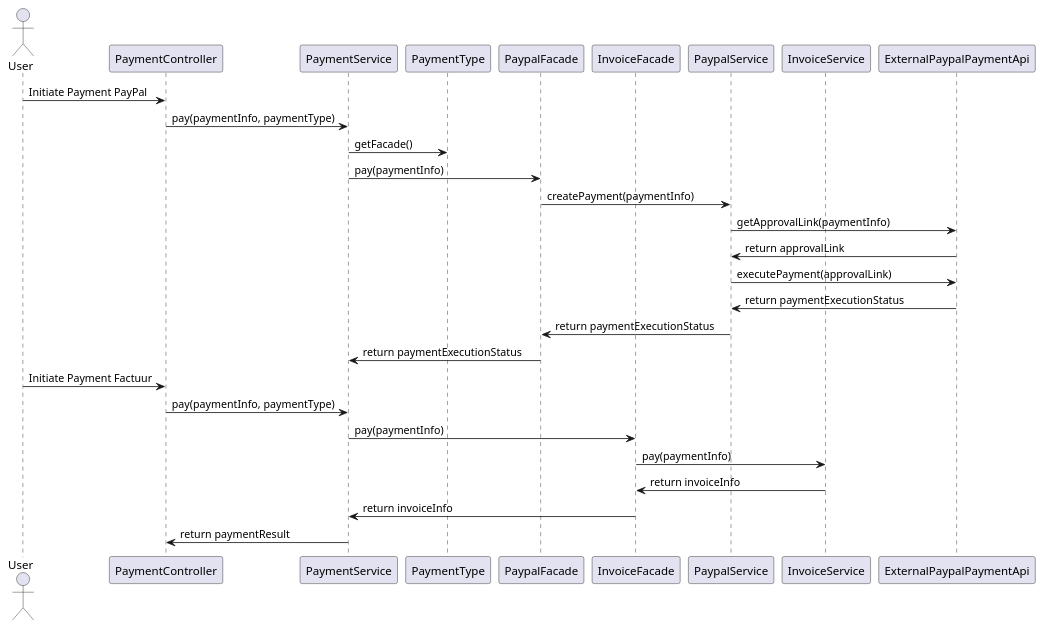
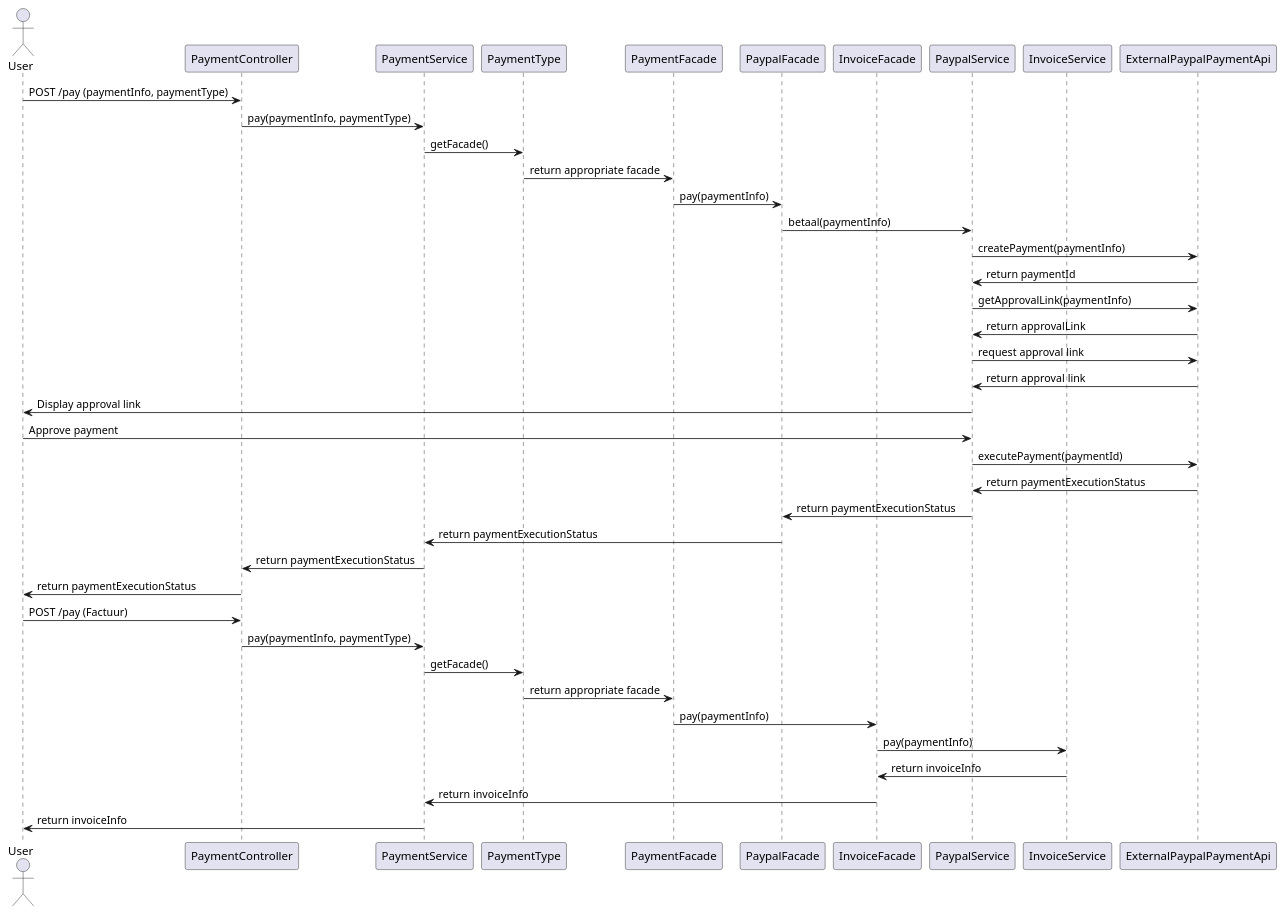
One commit to AIM-ENE-feb25/triptop-groep-3 changed the diagram in opdracht-diagrammen/Ontwerpvraag/C4 OntwerpVraag Kevin/SequenceDiagram-VerschillendeBetaalMethodes.puml. Above: the diagram before and after it, drawn with PlantUML. The commit also changed 4 other files, not shown here.

Commit message:
Aanpassingen diagrammen en context sgb

```diff
--- a/opdracht-diagrammen/Ontwerpvraag/C4 OntwerpVraag Kevin/SequenceDiagram-VerschillendeBetaalMethodes.puml
+++ b/opdracht-diagrammen/Ontwerpvraag/C4 OntwerpVraag Kevin/SequenceDiagram-VerschillendeBetaalMethodes.puml
@@ -1,33 +1,48 @@
 @startuml
 
 actor User
 participant PaymentController
 participant PaymentService
 participant PaymentType
+participant PaymentFacade
 participant PaypalFacade
 participant InvoiceFacade
 participant PaypalService
 participant InvoiceService
 participant ExternalPaypalPaymentApi
 
-User -> PaymentController : Initiate Payment PayPal
+User -> PaymentController : POST /pay (paymentInfo, paymentType)
 PaymentController -> PaymentService : pay(paymentInfo, paymentType)
 PaymentService -> PaymentType : getFacade()
-PaymentService -> PaypalFacade : pay(paymentInfo)
-PaypalFacade -> PaypalService : createPayment(paymentInfo)
+PaymentType -> PaymentFacade : return appropriate facade
+
+PaymentFacade -> PaypalFacade : pay(paymentInfo)
+PaypalFacade -> PaypalService : betaal(paymentInfo)
+PaypalService -> ExternalPaypalPaymentApi : createPayment(paymentInfo)
+ExternalPaypalPaymentApi -> PaypalService : return paymentId
 PaypalService -> ExternalPaypalPaymentApi : getApprovalLink(paymentInfo)
 ExternalPaypalPaymentApi -> PaypalService : return approvalLink
-PaypalService -> ExternalPaypalPaymentApi : executePayment(approvalLink)
+PaypalService -> ExternalPaypalPaymentApi : request approval link
+ExternalPaypalPaymentApi -> PaypalService : return approval link
+PaypalService -> User : Display approval link
+
+User -> PaypalService : Approve payment
+PaypalService -> ExternalPaypalPaymentApi : executePayment(paymentId)
 ExternalPaypalPaymentApi -> PaypalService : return paymentExecutionStatus
 PaypalService -> PaypalFacade : return paymentExecutionStatus
 PaypalFacade -> PaymentService : return paymentExecutionStatus
-User -> PaymentController : Initiate Payment Factuur
+PaymentService -> PaymentController : return paymentExecutionStatus
+PaymentController -> User : return paymentExecutionStatus
+
+User -> PaymentController : POST /pay (Factuur)
 PaymentController -> PaymentService : pay(paymentInfo, paymentType)
-PaymentService -> InvoiceFacade : pay(paymentInfo)
+PaymentService -> PaymentType : getFacade()
+PaymentType -> PaymentFacade : return appropriate facade
+PaymentFacade -> InvoiceFacade : pay(paymentInfo)
 InvoiceFacade -> InvoiceService : pay(paymentInfo)
 InvoiceService -> InvoiceFacade : return invoiceInfo
 InvoiceFacade -> PaymentService : return invoiceInfo
+PaymentService -> User : return invoiceInfo
 
-PaymentService -> PaymentController : return paymentResult
 
 @enduml
```
